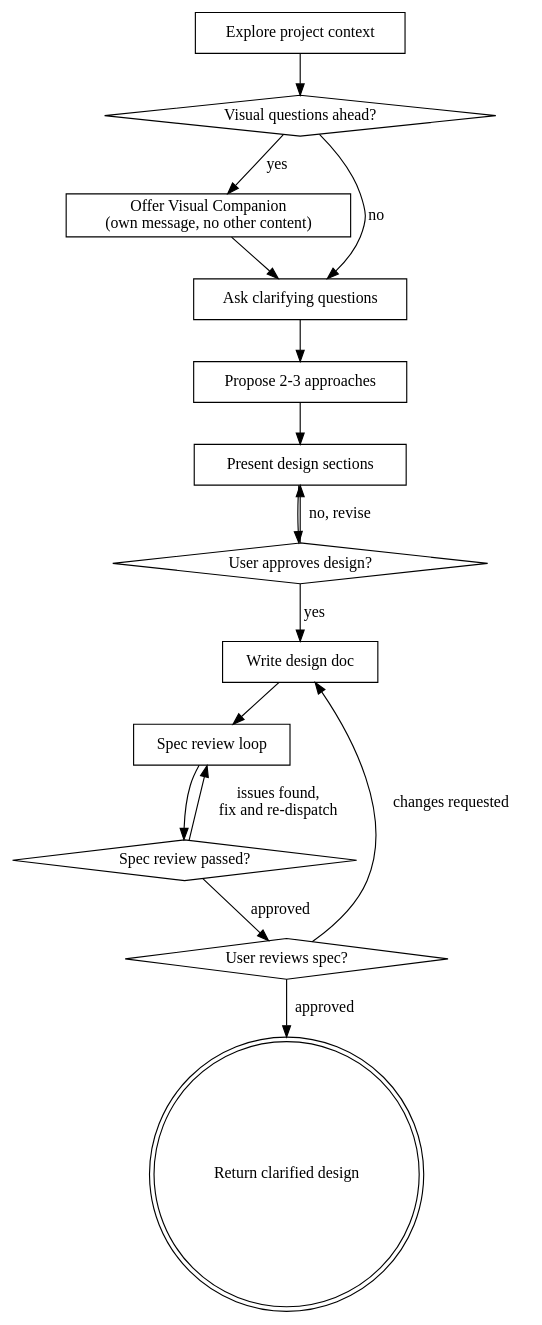
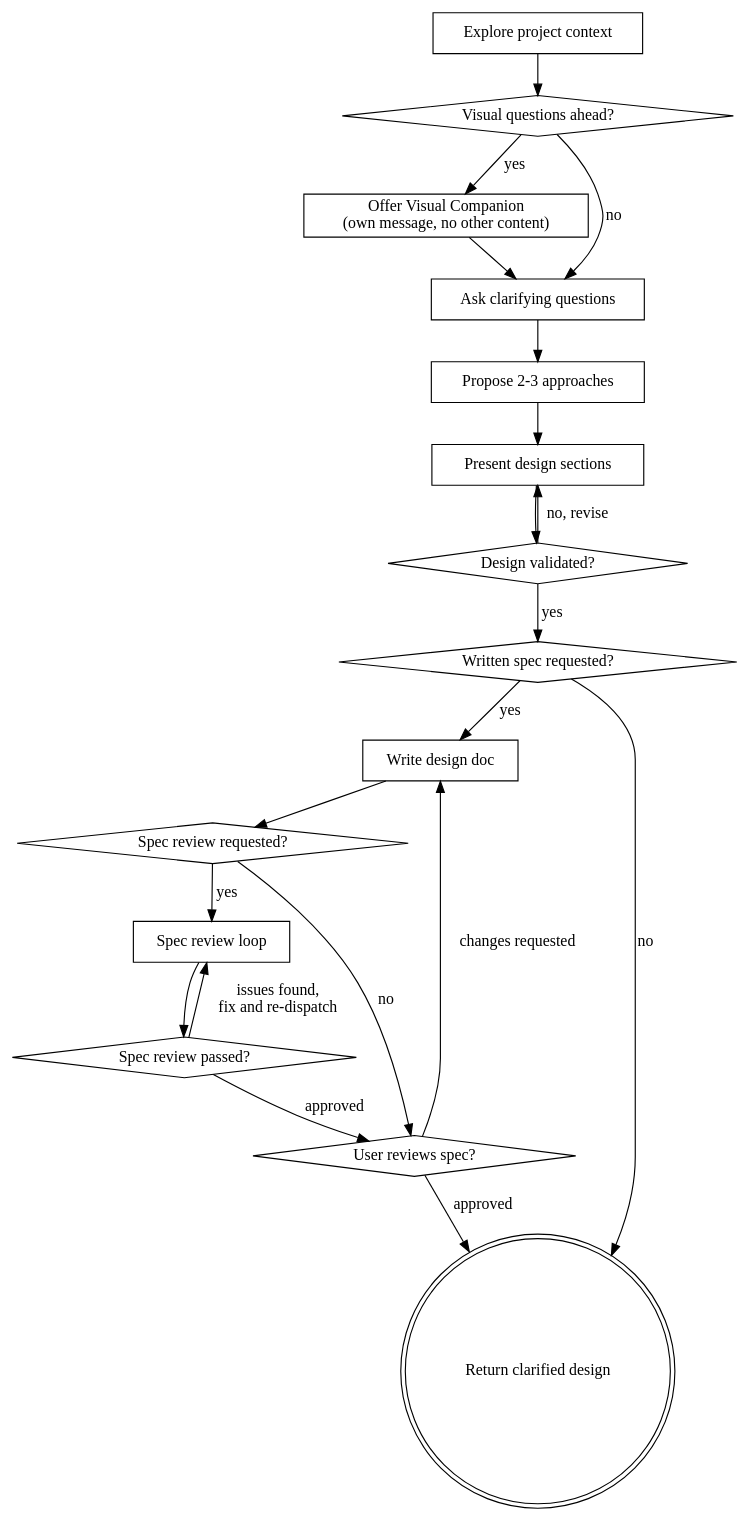
One commit to coachpo/superman changed the diagram in brainstorming/SKILL.md. Above: the diagram before and after it, drawn with Graphviz. The commit also changed other lines of this file and 4 other files, not shown here.

````diff
--- a/brainstorming/SKILL.md
+++ b/brainstorming/SKILL.md
@@ -36,32 +36,38 @@
 ```dot
 digraph brainstorming {
     "Explore project context" [shape=box];
     "Visual questions ahead?" [shape=diamond];
     "Offer Visual Companion\n(own message, no other content)" [shape=box];
     "Ask clarifying questions" [shape=box];
     "Propose 2-3 approaches" [shape=box];
     "Present design sections" [shape=box];
-    "User approves design?" [shape=diamond];
+    "Design validated?" [shape=diamond];
+    "Written spec requested?" [shape=diamond];
     "Write design doc" [shape=box];
+    "Spec review requested?" [shape=diamond];
     "Spec review loop" [shape=box];
     "Spec review passed?" [shape=diamond];
     "User reviews spec?" [shape=diamond];
     "Return clarified design" [shape=doublecircle];
 
     "Explore project context" -> "Visual questions ahead?";
     "Visual questions ahead?" -> "Offer Visual Companion\n(own message, no other content)" [label="yes"];
     "Visual questions ahead?" -> "Ask clarifying questions" [label="no"];
     "Offer Visual Companion\n(own message, no other content)" -> "Ask clarifying questions";
     "Ask clarifying questions" -> "Propose 2-3 approaches";
     "Propose 2-3 approaches" -> "Present design sections";
-    "Present design sections" -> "User approves design?";
-    "User approves design?" -> "Present design sections" [label="no, revise"];
-    "User approves design?" -> "Write design doc" [label="yes"];
-    "Write design doc" -> "Spec review loop";
+    "Present design sections" -> "Design validated?";
+    "Design validated?" -> "Present design sections" [label="no, revise"];
+    "Design validated?" -> "Written spec requested?" [label="yes"];
+    "Written spec requested?" -> "Write design doc" [label="yes"];
+    "Written spec requested?" -> "Return clarified design" [label="no"];
+    "Write design doc" -> "Spec review requested?";
+    "Spec review requested?" -> "Spec review loop" [label="yes"];
+    "Spec review requested?" -> "User reviews spec?" [label="no"];
     "Spec review loop" -> "Spec review passed?";
     "Spec review passed?" -> "Spec review loop" [label="issues found,\nfix and re-dispatch"];
     "Spec review passed?" -> "User reviews spec?" [label="approved"];
     "User reviews spec?" -> "Write design doc" [label="changes requested"];
     "User reviews spec?" -> "Return clarified design" [label="approved"];
 }
 ```
````
